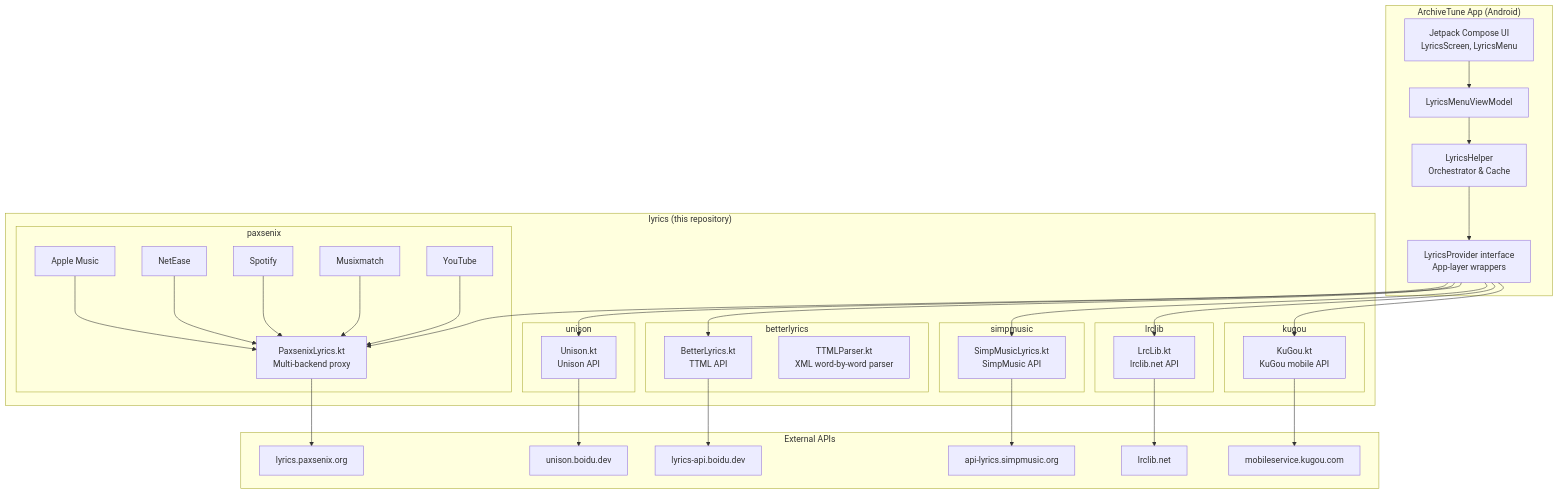
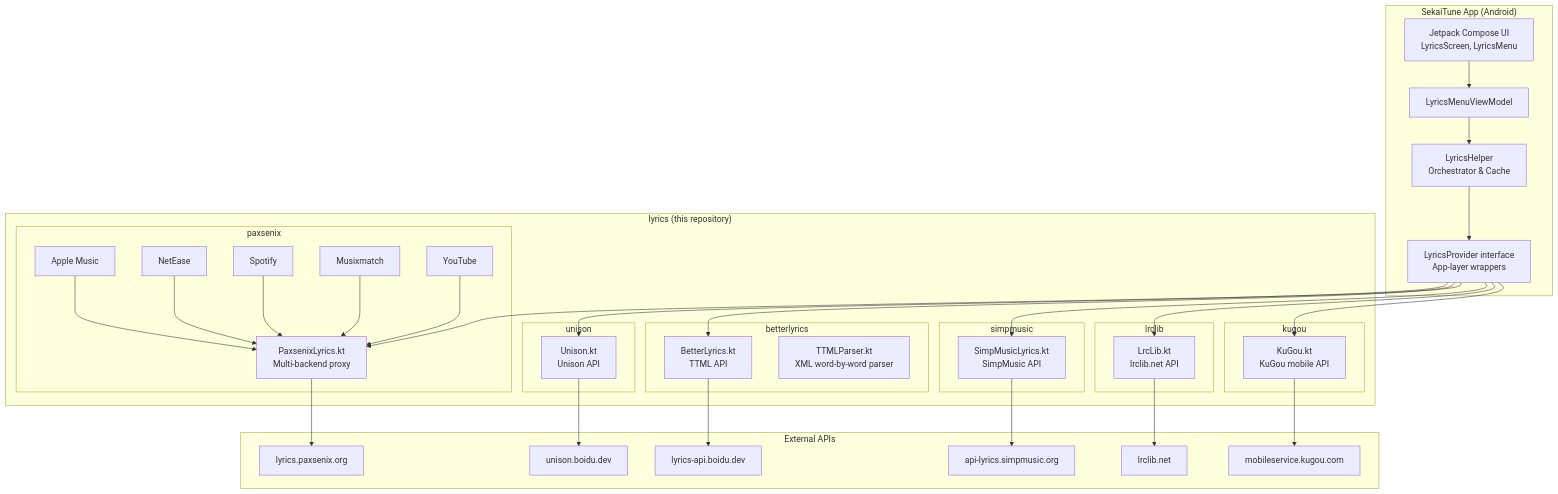
Before and after one commit to rgsekai/sekai-tune: the diagram in lyrics/README.md, drawn with Mermaid. The commit also changed other lines of this file and 44 other files, not shown here.

Commit message:
ui: add custom sekai tune logo and optimize build abi filters

````diff
--- a/lyrics/README.md
+++ b/lyrics/README.md
@@ -57,56 +57,56 @@
 ```mermaid
 flowchart TB
-    subgraph Android["ArchiveTune App (Android)"]
+    subgraph Android["SekaiTune App (Android)"]
         UI["Jetpack Compose UI<br/>LyricsScreen, LyricsMenu"]
         VM["LyricsMenuViewModel"]
         LH["LyricsHelper<br/>Orchestrator & Cache"]
         LP["LyricsProvider interface<br/>App-layer wrappers"]
     end
 
     subgraph Lyrics["lyrics (this repository)"]
         subgraph Kugou["kugou"]
             KG["KuGou.kt<br/>KuGou mobile API"]
         end
         subgraph Lrclib["lrclib"]
             LL["LrcLib.kt<br/>lrclib.net API"]
         end
         subgraph Simpmusic["simpmusic"]
             SM["SimpMusicLyrics.kt<br/>SimpMusic API"]
         end
         subgraph Paxsenix["paxsenix"]
             PX["PaxsenixLyrics.kt<br/>Multi-backend proxy"]
             PXAM["Apple Music"]
             PXNE["NetEase"]
             PXSP["Spotify"]
             PXMX["Musixmatch"]
             PXYT["YouTube"]
         end
         subgraph Betterlyrics["betterlyrics"]
             BL["BetterLyrics.kt<br/>TTML API"]
             TTP["TTMLParser.kt<br/>XML word-by-word parser"]
         end
         subgraph Unison["unison"]
             UN["Unison.kt<br/>Unison API"]
         end
     end
 
     subgraph External["External APIs"]
         EXKG["mobileservice.kugou.com"]
         EXLL["lrclib.net"]
         EXSM["api-lyrics.simpmusic.org"]
         EXPX["lyrics.paxsenix.org"]
         EXBL["lyrics-api.boidu.dev"]
         EXUN["unison.boidu.dev"]
     end
 
     UI --> VM --> LH
     LH --> LP
     LP --> KG & LL & SM & PX & BL & UN
     KG --> EXKG
     LL --> EXLL
     SM --> EXSM
     PX --> EXPX
     PXAM & PXNE & PXSP & PXMX & PXYT --> PX
     BL --> EXBL
     UN --> EXUN
 ```
````
